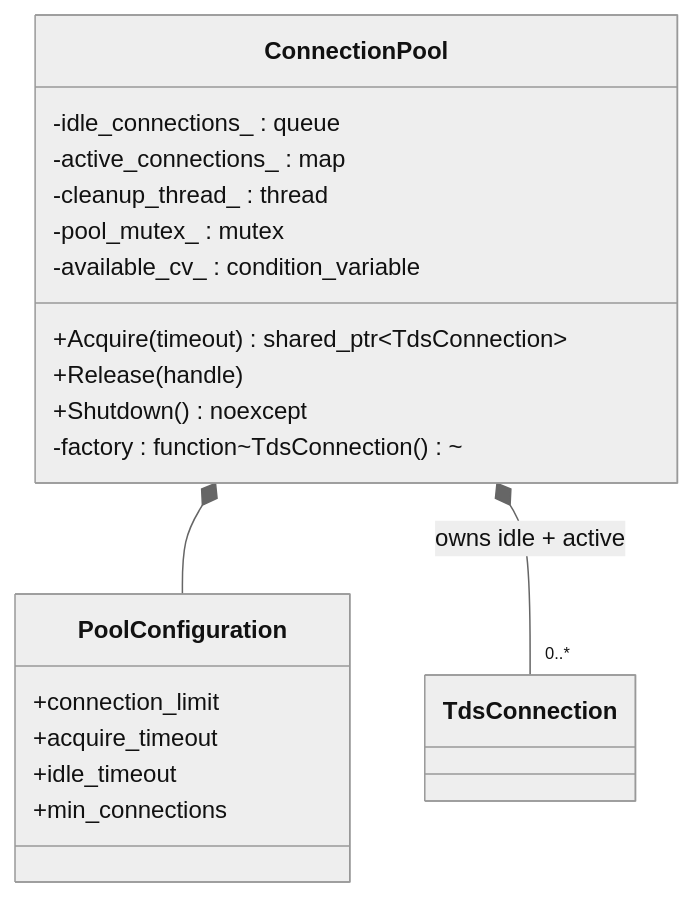
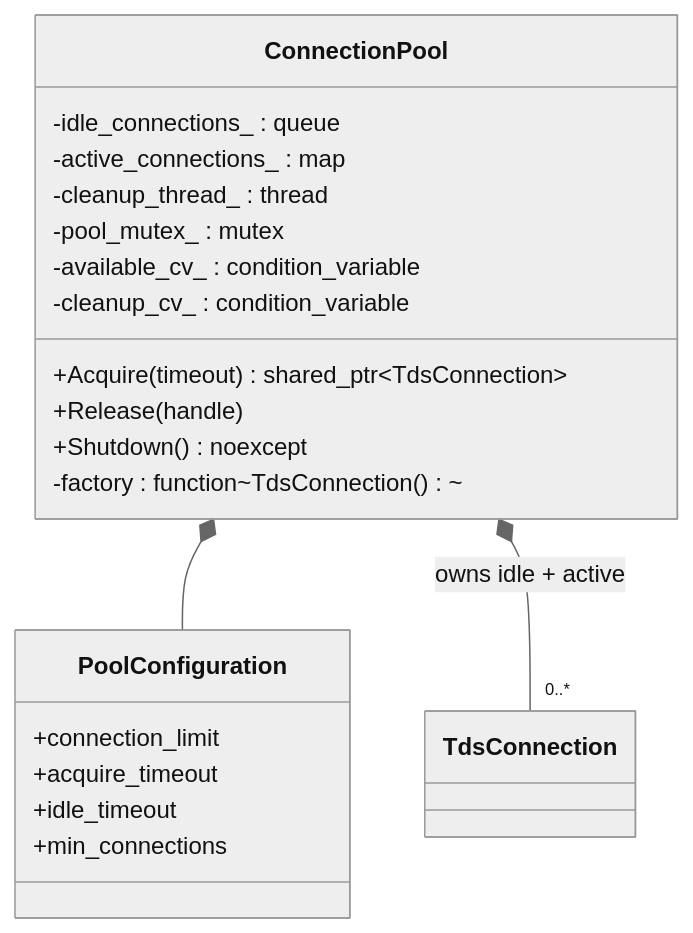
The third of 11 diagrams in DATAMODEL.md (hugr-lab/mssql-extension), drawn with Mermaid (neutral theme) before and after one commit. The commit also changed other lines of this file and 22 other files, not shown here.

````diff
--- a/DATAMODEL.md
+++ b/DATAMODEL.md
@@ -113,22 +113,23 @@
 ```mermaid
 classDiagram
     class ConnectionPool {
         +Acquire(timeout) shared_ptr~TdsConnection~
         +Release(handle)
         +Shutdown() noexcept
         -factory : function~TdsConnection()~
         -idle_connections_ : queue
         -active_connections_ : map
         -cleanup_thread_ : thread
         -pool_mutex_ : mutex
         -available_cv_ : condition_variable
+        -cleanup_cv_ : condition_variable
     }
     class PoolConfiguration {
         +connection_limit
         +acquire_timeout
         +idle_timeout
         +min_connections
     }
     ConnectionPool *-- PoolConfiguration
     ConnectionPool *-- "0..*" TdsConnection : owns idle + active
 ```
````
